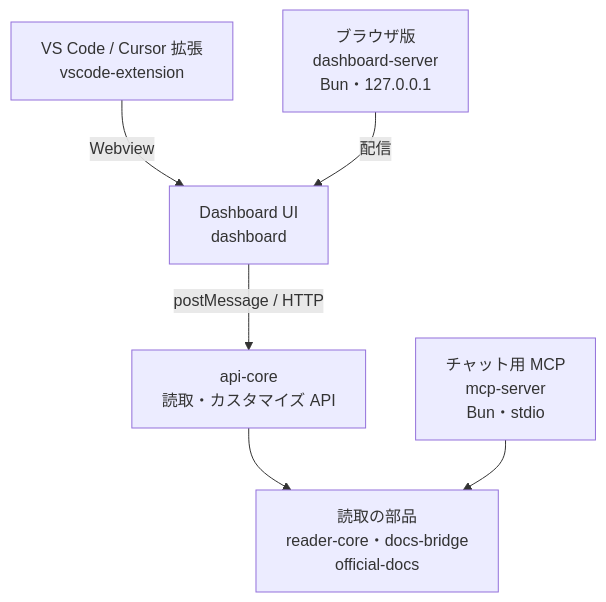
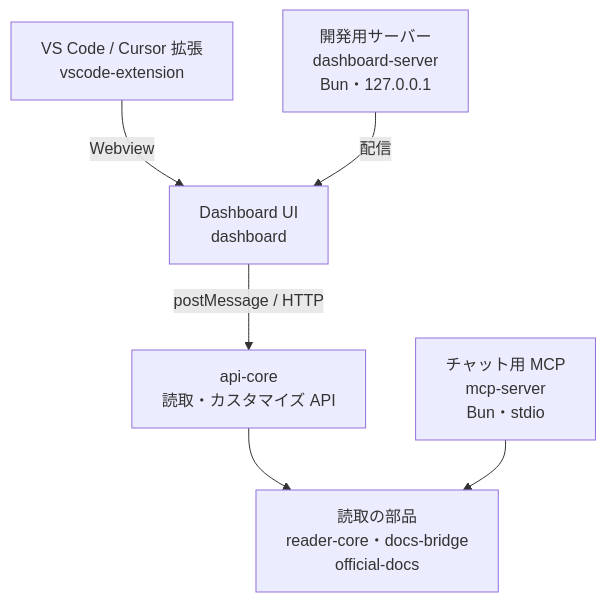
Before and after one commit to otomatty/andon-for-aidlc: the sixth of 7 diagrams in README.md, drawn with Mermaid. The commit also changed other lines of this file and 283 other files, not shown here.

````diff
--- a/README.md
+++ b/README.md
@@ -224,14 +223,14 @@
 ```mermaid
 flowchart TB
   ext["VS Code / Cursor 拡張<br/>vscode-extension"]
-  web["ブラウザ版<br/>dashboard-server<br/>Bun・127.0.0.1"]
+  web["開発用サーバー<br/>dashboard-server<br/>Bun・127.0.0.1"]
   mcp["チャット用 MCP<br/>mcp-server<br/>Bun・stdio"]
   ui["Dashboard UI<br/>dashboard"]
   api["api-core<br/>読取・カスタマイズ API"]
   core["読取の部品<br/>reader-core・docs-bridge<br/>official-docs"]
   ext -- "Webview" --> ui
   web -- "配信" --> ui
   ui -- "postMessage / HTTP" --> api
   api --> core
   mcp --> core
 ```
````
